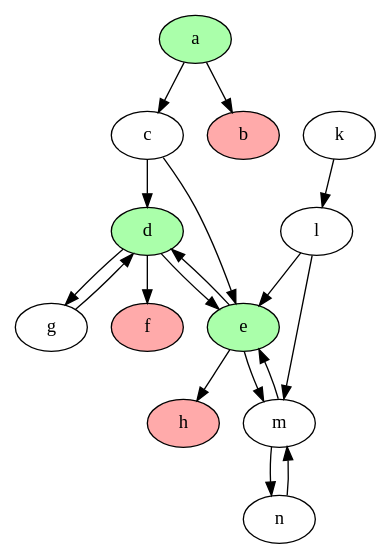
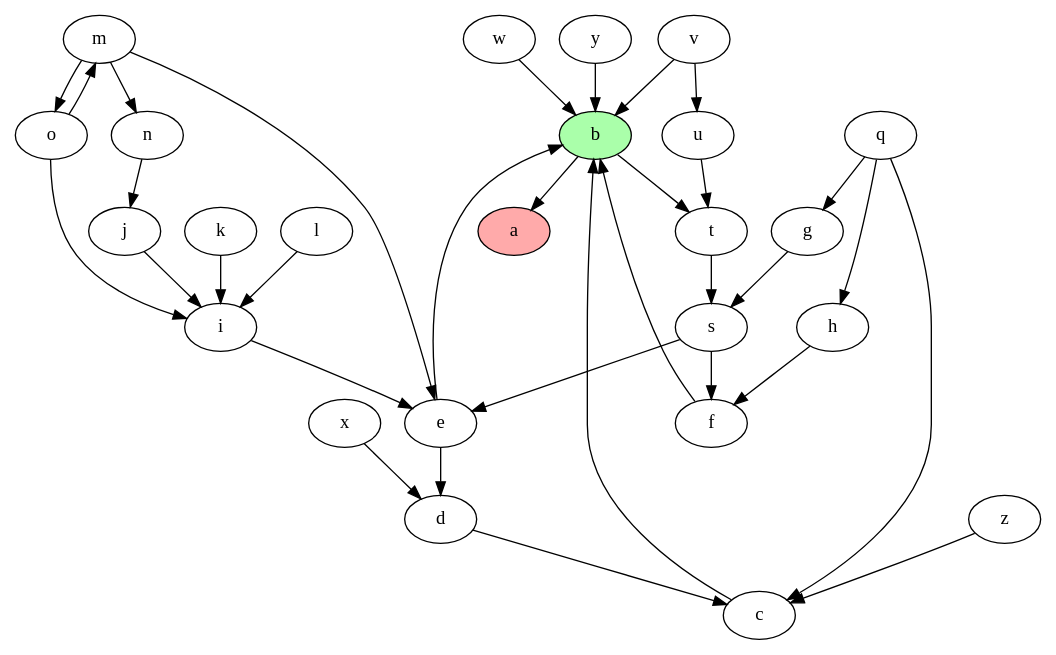
One commit to idaks/Games-and-Argumentation changed the diagram in XLoKR-2023/2-Statelog_version/output/state_1.1_graph.dot. Above: the diagram before and after it, drawn with Graphviz. The commit also changed 26 other files, not shown here.

```diff
--- a/XLoKR-2023/2-Statelog_version/output/state_1.1_graph.dot
+++ b/XLoKR-2023/2-Statelog_version/output/state_1.1_graph.dot
@@ -1,31 +1,38 @@
 strict digraph "" {
-	a	[fillcolor="#AAFFAA",
+	b	[fillcolor="#AAFFAA",
 		style=filled];
-	b	[fillcolor="#FFAAAA",
+	a	[fillcolor="#FFAAAA",
 		style=filled];
-	a -> b	[dir=forward];
-	a -> c	[dir=forward];
-	d	[fillcolor="#AAFFAA",
-		style=filled];
-	c -> d	[dir=forward];
-	e	[fillcolor="#AAFFAA",
-		style=filled];
-	c -> e	[dir=forward];
-	k -> l	[dir=forward];
-	l -> e	[dir=forward];
-	l -> m	[dir=forward];
-	d -> e	[dir=forward];
-	f	[fillcolor="#FFAAAA",
-		style=filled];
-	d -> f	[dir=forward];
-	d -> g	[dir=forward];
+	b -> a	[dir=forward];
+	b -> t	[dir=forward];
+	t -> s	[dir=forward];
+	c -> b	[dir=forward];
+	d -> c	[dir=forward];
+	e -> b	[dir=forward];
 	e -> d	[dir=forward];
-	e -> m	[dir=forward];
-	h	[fillcolor="#FFAAAA",
-		style=filled];
-	e -> h	[dir=forward];
+	f -> b	[dir=forward];
+	g -> s	[dir=forward];
+	s -> e	[dir=forward];
+	s -> f	[dir=forward];
+	h -> f	[dir=forward];
+	i -> e	[dir=forward];
+	j -> i	[dir=forward];
+	k -> i	[dir=forward];
+	l -> i	[dir=forward];
 	m -> e	[dir=forward];
+	m -> o	[dir=forward];
 	m -> n	[dir=forward];
-	g -> d	[dir=forward];
-	n -> m	[dir=forward];
+	o -> i	[dir=forward];
+	o -> m	[dir=forward];
+	n -> j	[dir=forward];
+	q -> c	[dir=forward];
+	q -> g	[dir=forward];
+	q -> h	[dir=forward];
+	u -> t	[dir=forward];
+	v -> b	[dir=forward];
+	v -> u	[dir=forward];
+	w -> b	[dir=forward];
+	x -> d	[dir=forward];
+	y -> b	[dir=forward];
+	z -> c	[dir=forward];
 }
```
